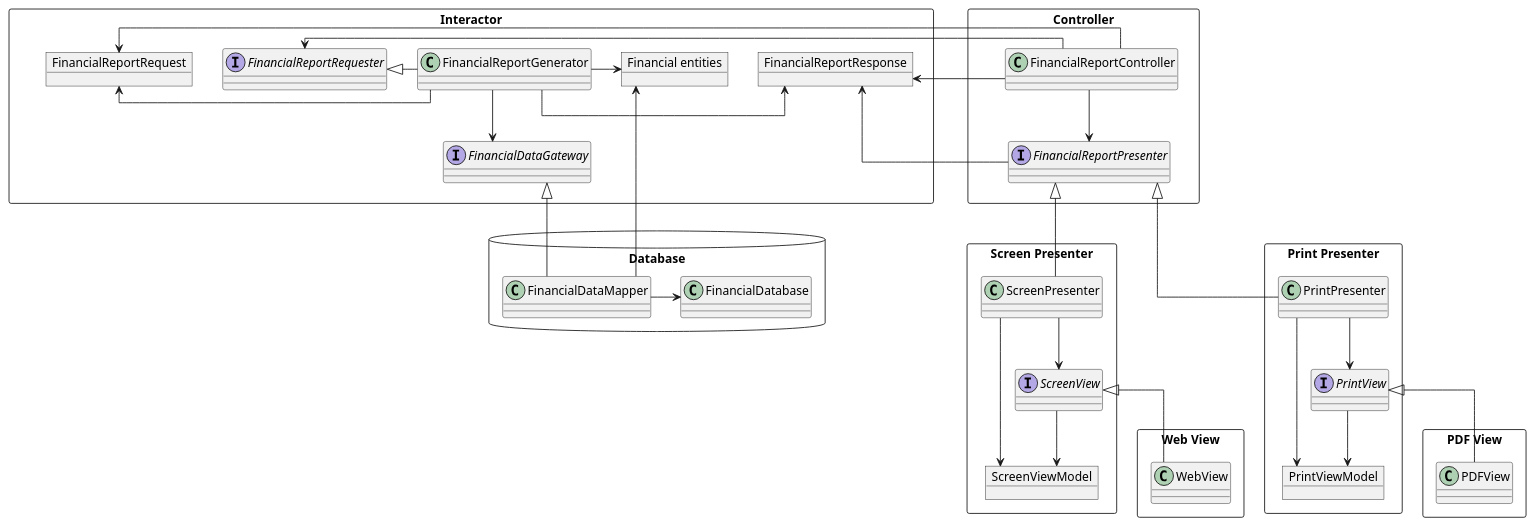
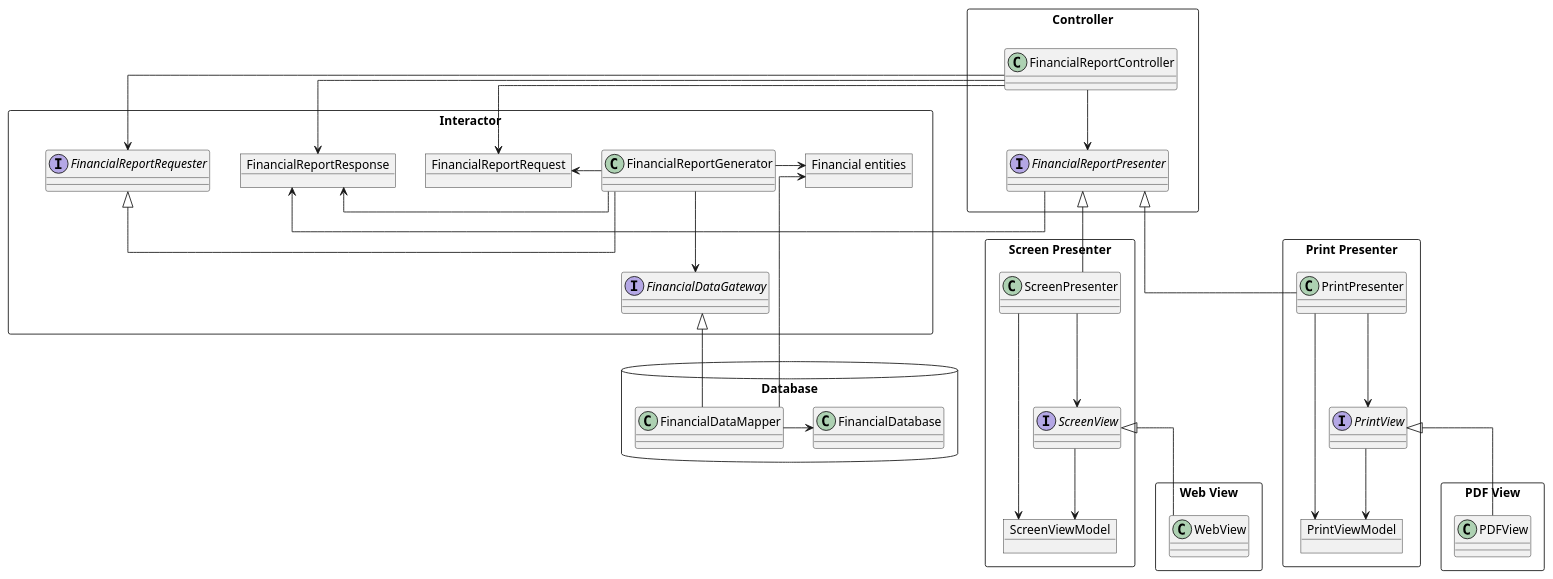
The third of 3 diagrams in pages/Robert C. Martin - Clean Architecture A Craftsman's Guide to Software Structure and Design.md (huland/logseq-notes), drawn with PlantUML before and after one commit.

Commit message:
Auto saved by Logseq

```diff
--- a/pages/Robert C. Martin - Clean Architecture A Craftsman's Guide to Software Structure and Design.md
+++ b/pages/Robert C. Martin - Clean Architecture A Craftsman's Guide to Software Structure and Design.md
@@ -203,61 +203,61 @@
 				  @startuml
 				  skinparam linetype ortho
 				  package Interactor <<Rectangle>> {
 				    object FinancialReportRequest
 				    interface FinancialReportRequester
 				    object FinancialReportResponse
 				    class FinancialReportGenerator
 				    interface FinancialDataGateway
 				    object "Financial entities" as FinancialEntities
 				  }
 				  package Controller <<Rectangle>> {
 				    class FinancialReportController 
 				    interface FinancialReportPresenter
 				  }
 				  package Database <<Database>> {
 				    class FinancialDataMapper 
 				    class FinancialDatabase
 				  }
 				  package "Screen Presenter" as ScreenPres <<Rectangle>> {
 				    class ScreenPresenter
 				    object ScreenViewModel
 				    interface ScreenView
 				  }
 				  package "Print Presenter" as PrintPres <<Rectangle>> {
 				    class PrintPresenter
 				    object PrintViewModel
 				    interface PrintView
 				  } 
 				  package "PDF View" as PDFV <<Rectangle>> {
 				    class PDFView
 				  } 
 				  package "Web View" as WebV <<Rectangle>> {
 				    class WebView
 				  } 
 				  
 				  FinancialReportGenerator -l-> FinancialReportRequest
 				  FinancialReportGenerator -r-> FinancialEntities
 				  FinancialReportGenerator -l-> FinancialReportResponse
 				  FinancialReportGenerator -d-> FinancialDataGateway
 				  FinancialReportGenerator -l-|> FinancialReportRequester
 				  FinancialDataMapper -r-> FinancialDatabase
 				  FinancialDataMapper -u-> FinancialEntities
 				  FinancialDataMapper -u-|> FinancialDataGateway
 				  FinancialReportController -d-> FinancialReportPresenter
 				  FinancialReportPresenter -r-> FinancialReportResponse
 				  FinancialReportController -r-> FinancialReportRequest
 				  FinancialReportController -r-> FinancialReportRequester
 				  FinancialReportController -r-> FinancialReportResponse
 				  ScreenPresenter -d-> ScreenView
 				  ScreenView -d-> ScreenViewModel
 				  ScreenPresenter -d-> ScreenViewModel
 				  ScreenPresenter -u-|> FinancialReportPresenter
 				  PrintPresenter -d-> PrintView
 				  PrintView -d-> PrintViewModel
 				  PrintPresenter -d-> PrintViewModel
 				  PrintPresenter -u-|> FinancialReportPresenter
 				  WebView -u-|> ScreenView
 				  PDFView -u-|> PrintView
 				  
-				  Controller -l[hidden]-> Interactor
+				  Controller -[hidden]-> Interactor
 				  @enduml
```
